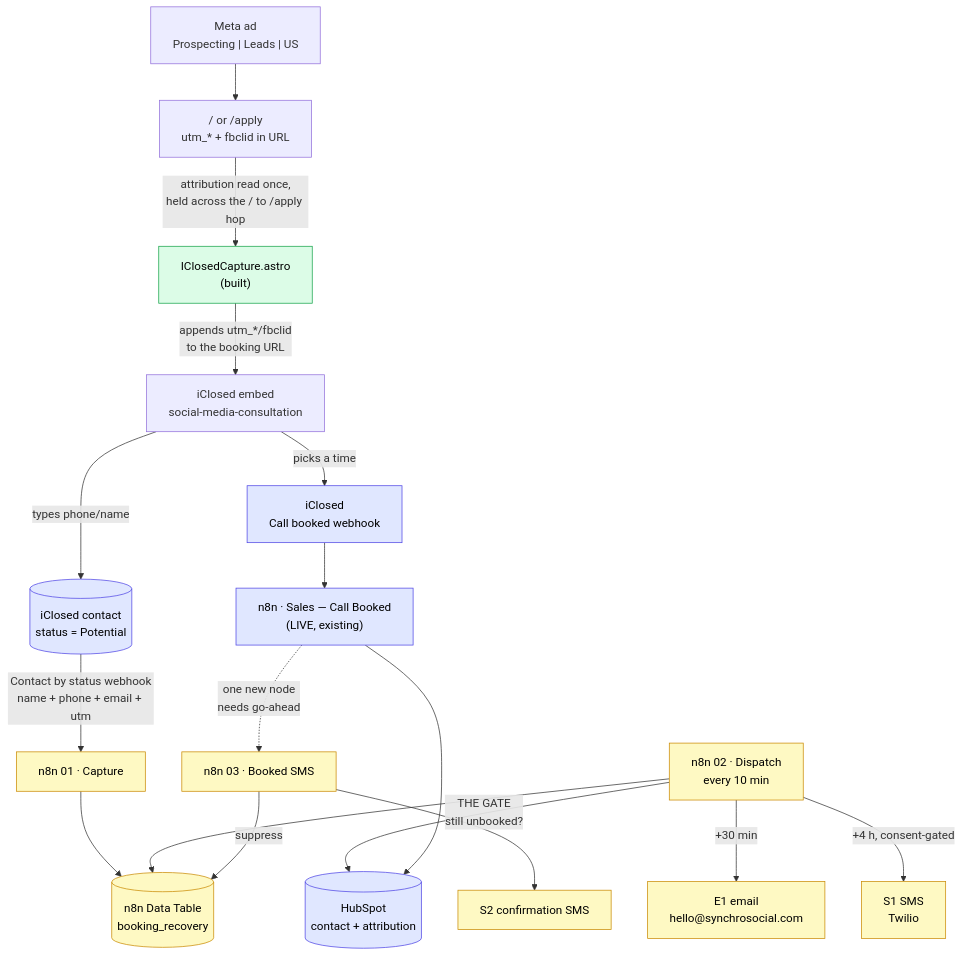
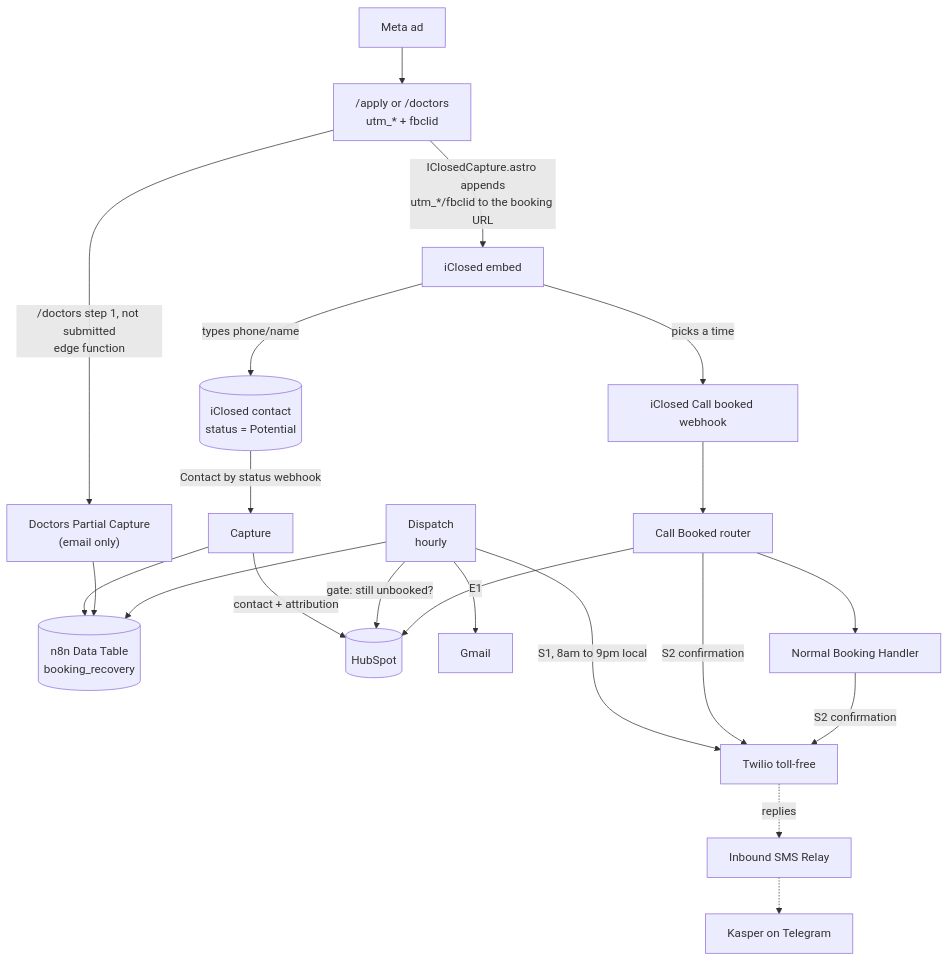
Before and after one commit to sidney-afk/synchrosocial: the diagram in docs/booking-recovery/README.md, drawn with Mermaid. The commit also changed other lines of this file and 9 other files, not shown here.

First line of the commit message:
Docs: make booking-recovery docs match the live n8n workflows (#168)

````diff
--- a/docs/booking-recovery/README.md
+++ b/docs/booking-recovery/README.md
@@ -174,29 +191,26 @@
 ```mermaid
 flowchart TD
-  AD["Meta ad<br/>Prospecting | Leads | US"] --> LP["/ or /apply<br/>utm_* + fbclid in URL"]
-  LP -->|"attribution read once,<br/>held across the / to /apply hop"| CAP["IClosedCapture.astro<br/>(built)"]
-  CAP -->|"appends utm_*/fbclid<br/>to the booking URL"| EMBED["iClosed embed<br/>social-media-consultation"]
+  AD["Meta ad"] --> LP["/apply or /doctors<br/>utm_* + fbclid"]
+  LP -->|"IClosedCapture.astro appends<br/>utm_*/fbclid to the booking URL"| EMBED["iClosed embed"]
 
   EMBED -->|"types phone/name"| ICP[("iClosed contact<br/>status = Potential")]
-  ICP -->|"Contact by status webhook<br/>name + phone + email + utm"| W1["n8n 01 · Capture"]
-  W1 --> DT[("n8n Data Table<br/>booking_recovery")]
+  ICP -->|"Contact by status webhook"| CAP["Capture"]
+  CAP --> DT[("n8n Data Table<br/>booking_recovery")]
+  CAP -->|"contact + attribution"| HS[("HubSpot")]
 
-  W2["n8n 02 · Dispatch<br/>every 10 min"] --> DT
-  W2 -->|"THE GATE<br/>still unbooked?"| HS[("HubSpot<br/>contact + attribution")]
-  W2 -->|"+30 min"| E1["E1 email<br/>hello@synchrosocial.com"]
-  W2 -->|"+4 h, consent-gated"| S1["S1 SMS<br/>Twilio"]
+  LP -->|"/doctors step 1, not submitted<br/>edge function"| DOC["Doctors Partial Capture<br/>(email only)"]
+  DOC --> DT
 
-  EMBED -->|"picks a time"| IC["iClosed<br/>Call booked webhook"]
-  IC --> ROUTER["n8n · Sales — Call Booked<br/>(LIVE, existing)"]
+  DISP["Dispatch<br/>hourly"] --> DT
+  DISP -->|"gate: still unbooked?"| HS
+  DISP -->|"E1"| EMAIL["Gmail"]
+  DISP -->|"S1, 8am to 9pm local"| SMS["Twilio toll-free"]
+
+  EMBED -->|"picks a time"| IC["iClosed Call booked webhook"]
+  IC --> ROUTER["Call Booked router"]
   ROUTER --> HS
-  ROUTER -.->|"one new node<br/>needs go-ahead"| W3["n8n 03 · Booked SMS"]
-  W3 --> S2["S2 confirmation SMS"]
-  W3 -->|suppress| DT
-
-  classDef built fill:#dcfce7,stroke:#16a34a,color:#000;
-  classDef draft fill:#fef9c3,stroke:#ca8a04,color:#000;
-  classDef live fill:#e0e7ff,stroke:#4f46e5,color:#000;
-  class CAP built;
-  class W1,W2,W3,DT,E1,S1,S2 draft;
-  class ROUTER,HS,IC,ICP live;
+  ROUTER -->|"S2 confirmation"| SMS
+  ROUTER --> NORMAL["Normal Booking Handler"]
+  NORMAL -->|"S2 confirmation"| SMS
+  SMS -.->|"replies"| RELAY["Inbound SMS Relay"] -.-> TG["Kasper on Telegram"]
 ```
````
